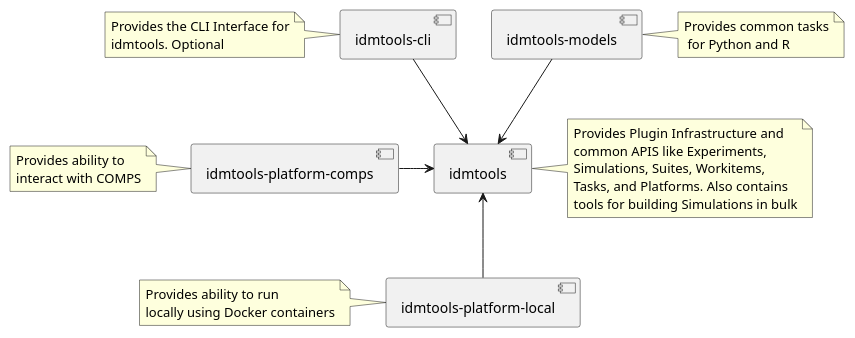
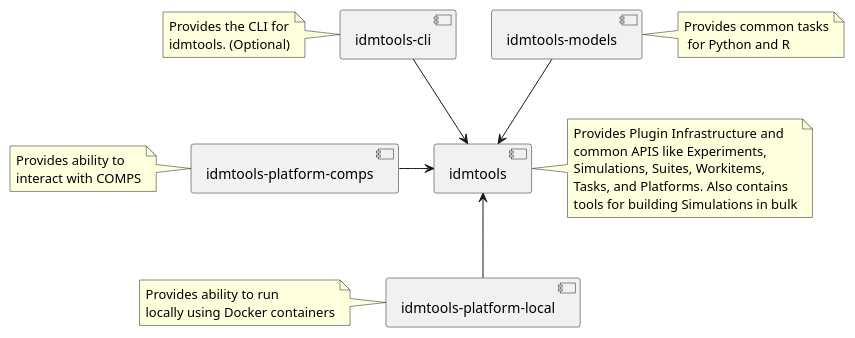
One commit to shchen-idmod/idmtools-1 changed the diagram in diagrams/packages_overview.puml. Above: the diagram before and after it, drawn with PlantUML. The commit also changed 3 other files, not shown here.

Commit message:
#814 - Diagrams

```diff
--- a/diagrams/packages_overview.puml
+++ b/diagrams/packages_overview.puml
@@ -1,38 +1,38 @@
 @startuml
 
 [idmtools]
 note right of idmtools
 Provides Plugin Infrastructure and
 common APIS like Experiments,
 Simulations, Suites, Workitems,
 Tasks, and Platforms. Also contains
 tools for building Simulations in bulk
 end note
 [idmtools-cli]
 note left of [idmtools-cli]
-    Provides the CLI Interface for
-    idmtools. Optional
+    Provides the CLI for
+    idmtools. (Optional)
 end note
 [idmtools-models]
 note right of [idmtools-models]
     Provides common tasks
      for Python and R
 end note
 [idmtools-platform-comps]
 note left of [idmtools-platform-comps]
     Provides ability to
     interact with COMPS
 end note
 [idmtools-platform-local]
 note left of [idmtools-platform-local]
     Provides ability to run
     locally using Docker containers
 end note
 
 [idmtools-cli] --> [idmtools]
 [idmtools-models] --> [idmtools]
 [idmtools-platform-comps] -> idmtools
 [idmtools-platform-local] -up-> idmtools
 
 
 @enduml
```
